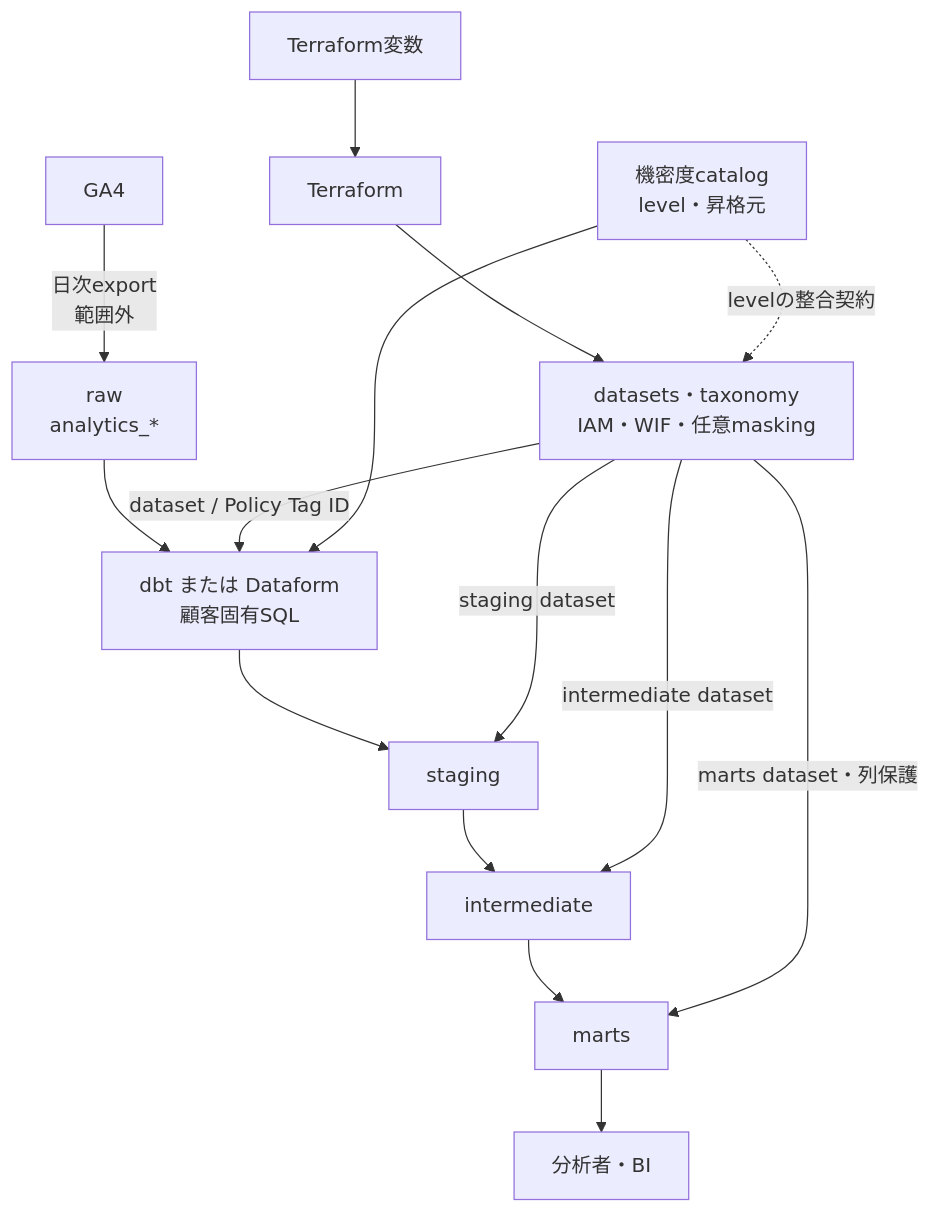
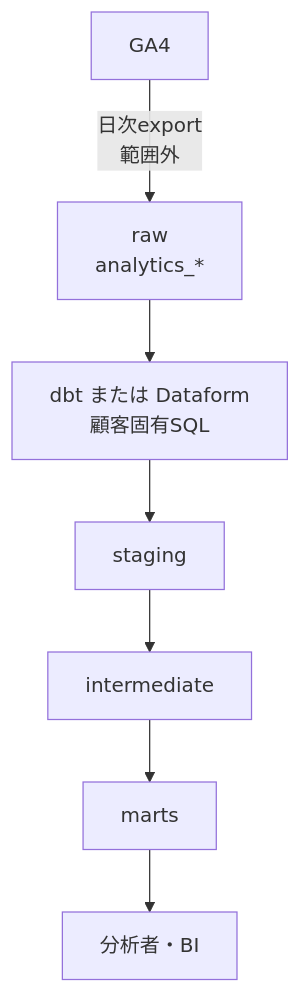
The second of 5 diagrams in docs/requirements/README.md (Yukihide-Mitsuoka/secure-ga4-bq-template), drawn with Mermaid before and after one commit. The commit also changed other lines of this file, not shown here.

Commit message:
docs: separate build data and control views

````diff
--- a/docs/requirements/README.md
+++ b/docs/requirements/README.md
@@ -57,16 +57,7 @@
 ```mermaid
 flowchart TB
   GA4["GA4"] -->|"日次export<br/>範囲外"| RAW["raw<br/>analytics_*"]
   RAW --> TRANSFORM["dbt または Dataform<br/>顧客固有SQL"]
   TRANSFORM --> STAGING["staging"] --> INTERMEDIATE["intermediate"] --> MARTS["marts"]
   MARTS --> USERS["分析者・BI"]
-
-  PARAMS["Terraform変数"] --> TF["Terraform"]
-  TF --> CONTROL["datasets・taxonomy<br/>IAM・WIF・任意masking"]
-  CONTROL -->|"staging dataset"| STAGING
-  CONTROL -->|"intermediate dataset"| INTERMEDIATE
-  CONTROL -->|"marts dataset・列保護"| MARTS
-  CONTROL -->|"dataset / Policy Tag ID"| TRANSFORM
-  CATALOG["機密度catalog<br/>level・昇格元"] --> TRANSFORM
-  CATALOG -. "levelの整合契約" .-> CONTROL
 ```
````
